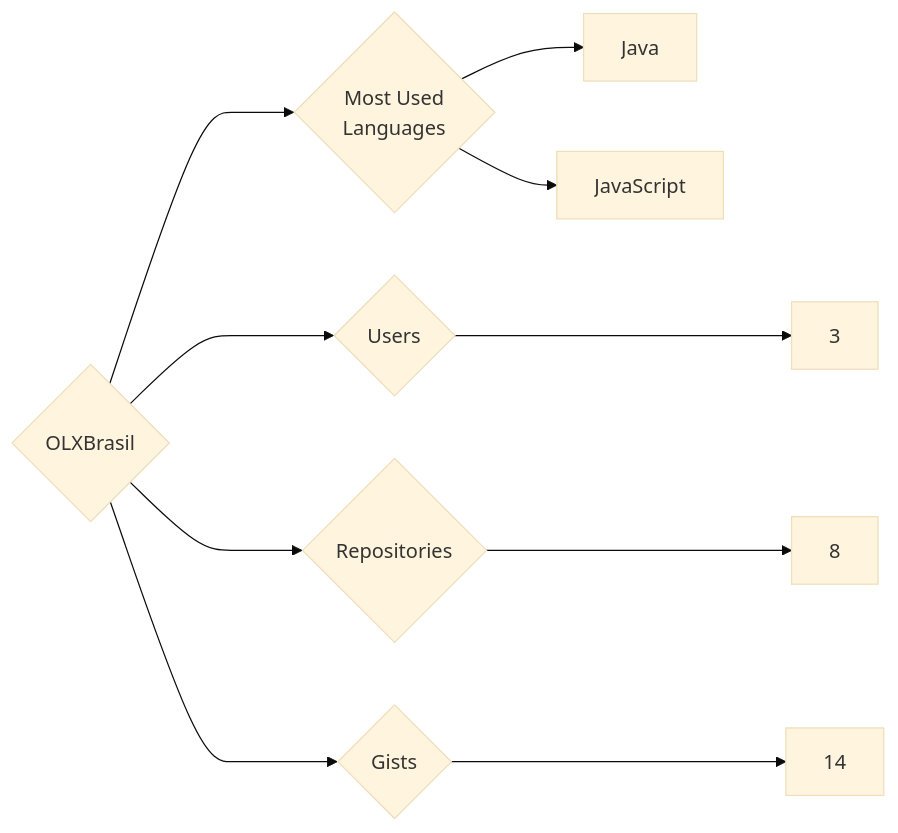
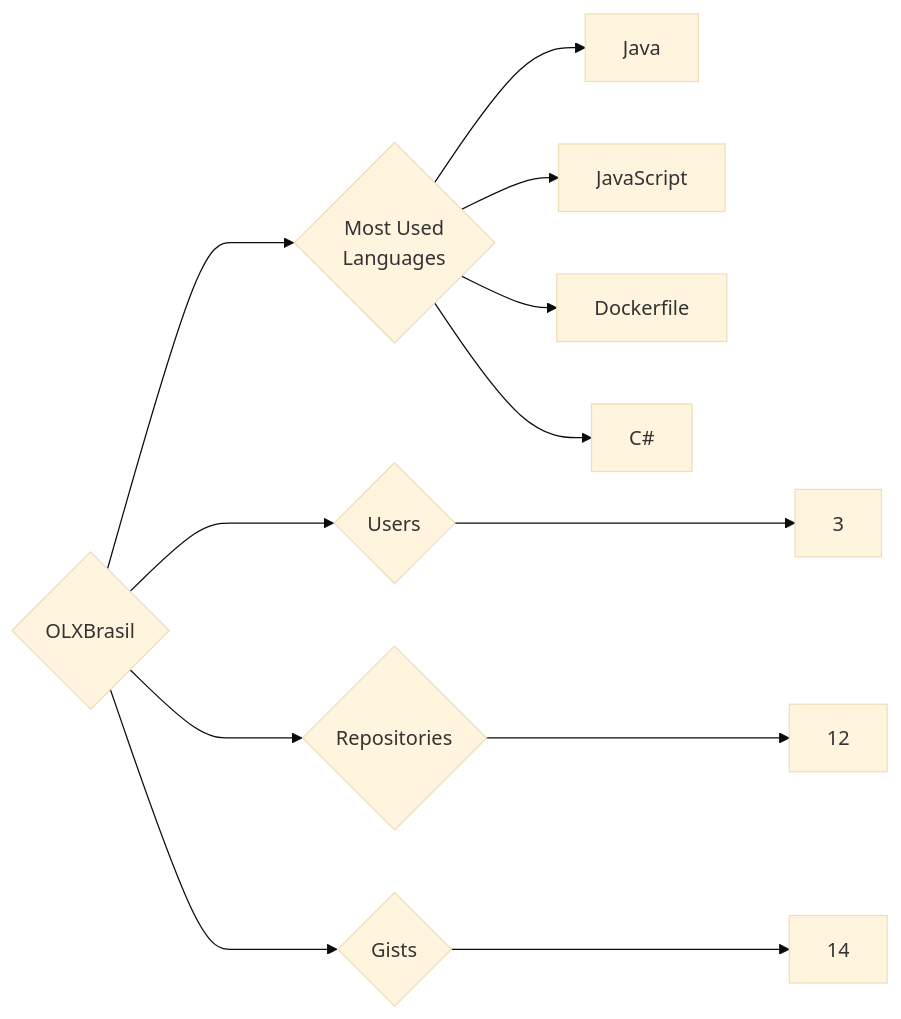
One commit to trickest/insiders changed the diagram in targets/OLXBrasil/README.md. Above: the diagram before and after it, drawn with Mermaid (base theme). The commit also changed 1496 other files, not shown here.

````diff
--- a/targets/OLXBrasil/README.md
+++ b/targets/OLXBrasil/README.md
@@ -3,10 +3,12 @@
 ```mermaid
 graph LR
 COMPANY_NAME{OLXBrasil}
 COMPANY_NAME ---> U{Users} ---> UN[3]
-COMPANY_NAME ---> R{Repositories} ---> RN[8]
+COMPANY_NAME ---> R{Repositories} ---> RN[12]
 COMPANY_NAME ---> G{Gists} ---> GN[14]
 COMPANY_NAME ---> ML{Most Used<br>Languages}
 ML --> Java[Java]
 ML --> JavaScript[JavaScript]
+ML --> Dockerfile[Dockerfile]
+ML --> C#[C#]
 ```
````
